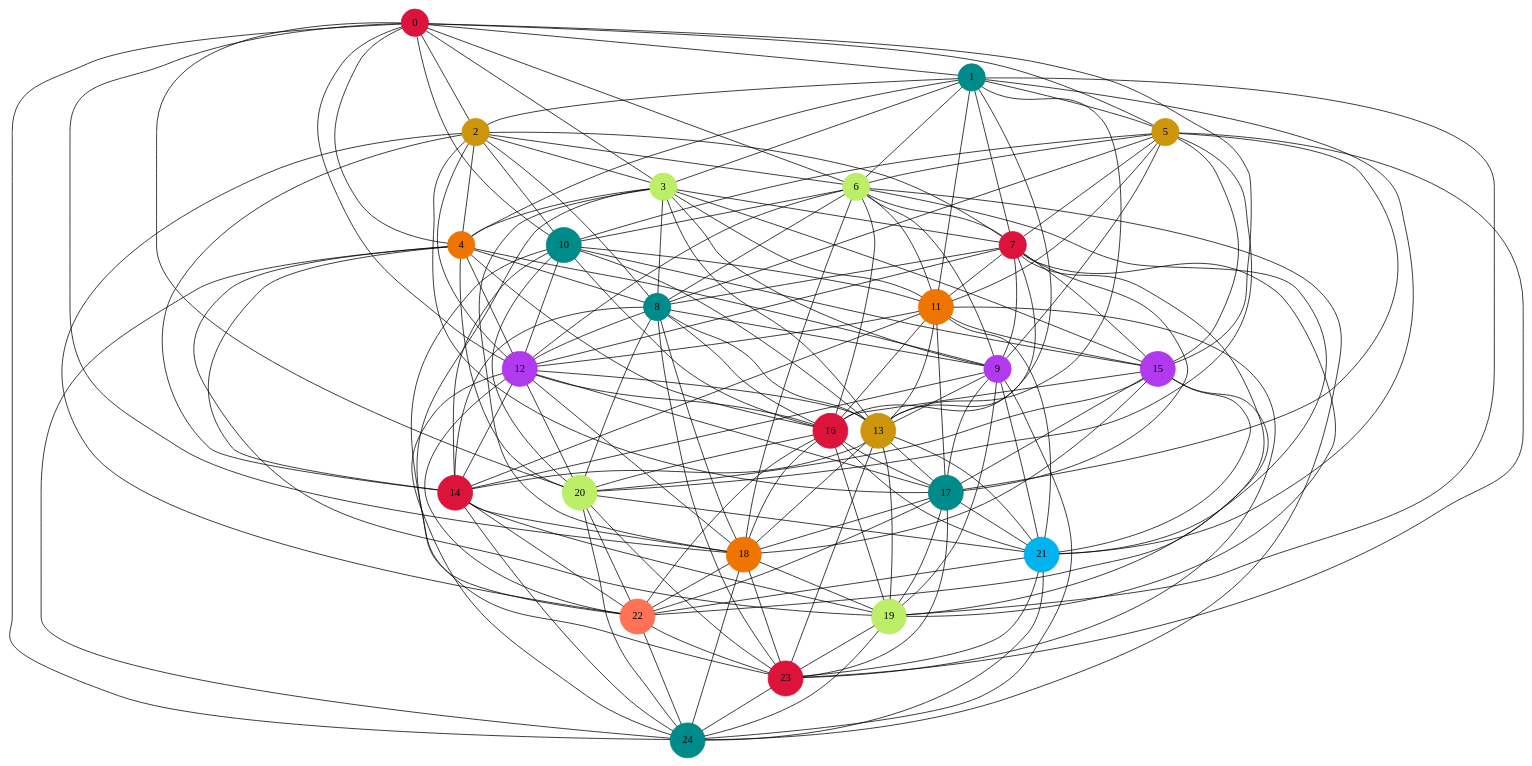
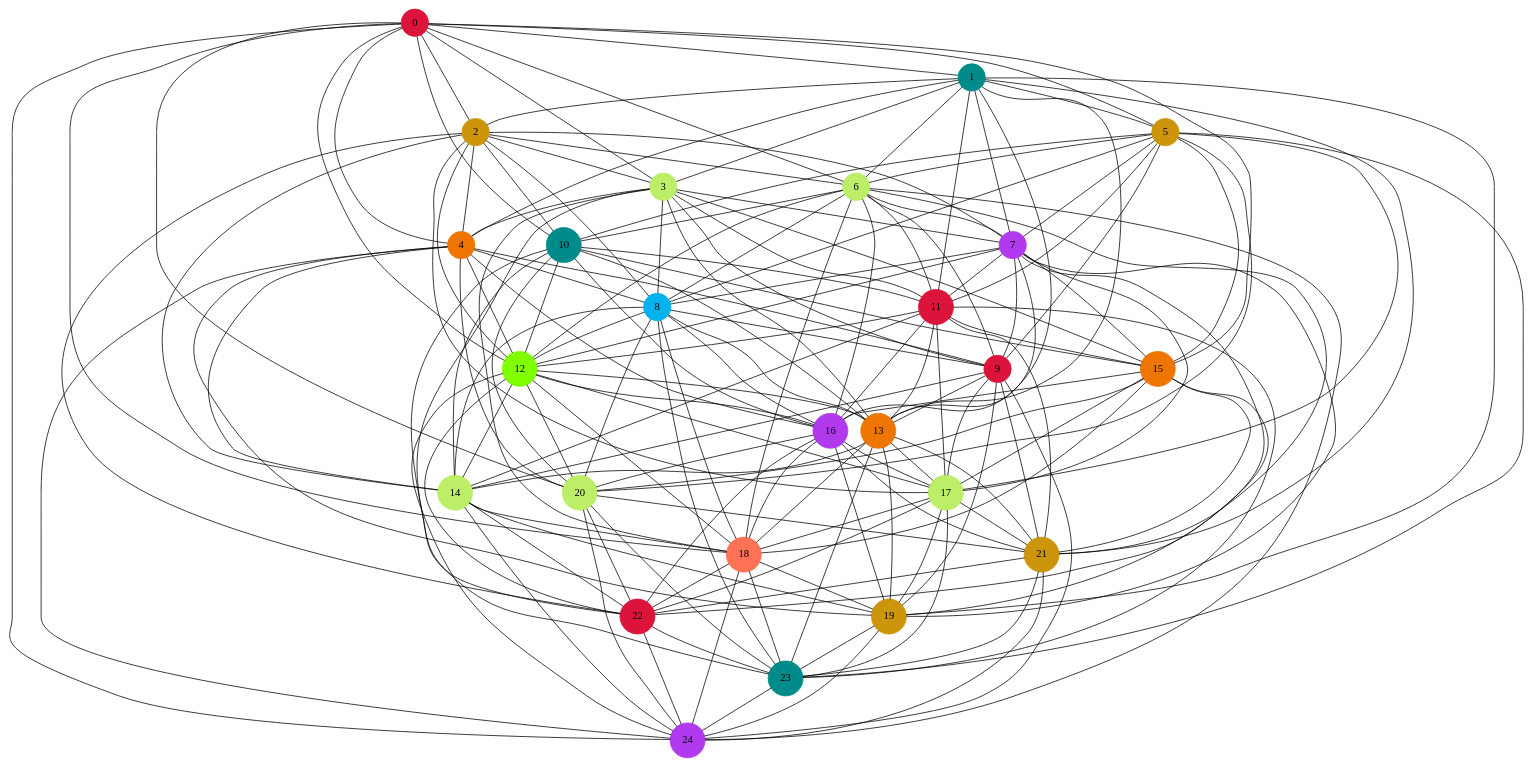
One commit to LeaChemoul/ColorationGraphesProjet changed the diagram in graph/graph_gr_croiss.dot. Above: the diagram before and after it, drawn with Graphviz. The commit also changed 51 other files, not shown here.

Commit message:
Correction de la structure de graphe et des algorithmes de tris

```diff
--- a/graph/graph_gr_croiss.dot
+++ b/graph/graph_gr_croiss.dot
@@ -1,187 +1,187 @@
 graph G {
 0 [shape=circle, style=filled, color= crimson];
 0 -- 6;
 0 -- 12;
 0 -- 18;
 0 -- 24;
 0 -- 1;
 0 -- 2;
 0 -- 3;
 0 -- 4;
 0 -- 5;
 0 -- 10;
 0 -- 15;
 0 -- 20;
 1 [shape=circle, style=filled, color= cyan4];
 1 -- 7;
 1 -- 13;
 1 -- 19;
 1 -- 5;
 1 -- 2;
 1 -- 3;
 1 -- 4;
 1 -- 6;
 1 -- 11;
 1 -- 16;
 1 -- 21;
 2 [shape=circle, style=filled, color= darkgoldenrod3];
 2 -- 8;
 2 -- 14;
 2 -- 6;
 2 -- 10;
 2 -- 3;
 2 -- 4;
 2 -- 7;
 2 -- 12;
 2 -- 17;
 2 -- 22;
 3 [shape=circle, style=filled, color= darkolivegreen2];
 3 -- 9;
 3 -- 7;
 3 -- 11;
 3 -- 15;
 3 -- 4;
 3 -- 8;
 3 -- 13;
 3 -- 18;
 3 -- 23;
 4 [shape=circle, style=filled, color= darkorange2];
 4 -- 8;
 4 -- 12;
 4 -- 16;
 4 -- 20;
 4 -- 9;
 4 -- 14;
 4 -- 19;
 4 -- 24;
 5 [shape=circle, style=filled, color= darkgoldenrod3];
 5 -- 11;
 5 -- 17;
 5 -- 23;
 5 -- 6;
 5 -- 7;
 5 -- 8;
 5 -- 9;
 5 -- 10;
 5 -- 15;
 5 -- 20;
 6 [shape=circle, style=filled, color= darkolivegreen2];
 6 -- 12;
 6 -- 18;
 6 -- 24;
 6 -- 10;
 6 -- 7;
 6 -- 8;
 6 -- 9;
 6 -- 11;
 6 -- 16;
 6 -- 21;
-7 [shape=circle, style=filled, color= crimson];
+7 [shape=circle, style=filled, color= darkorchid2];
 7 -- 13;
 7 -- 19;
 7 -- 11;
 7 -- 15;
 7 -- 8;
 7 -- 9;
 7 -- 12;
 7 -- 17;
 7 -- 22;
-8 [shape=circle, style=filled, color= cyan4];
+8 [shape=circle, style=filled, color= deepskyblue2];
 8 -- 14;
 8 -- 12;
 8 -- 16;
 8 -- 20;
 8 -- 9;
 8 -- 13;
 8 -- 18;
 8 -- 23;
-9 [shape=circle, style=filled, color= darkorchid2];
+9 [shape=circle, style=filled, color= crimson];
 9 -- 13;
 9 -- 17;
 9 -- 21;
 9 -- 14;
 9 -- 19;
 9 -- 24;
 10 [shape=circle, style=filled, color= cyan4];
 10 -- 16;
 10 -- 22;
 10 -- 11;
 10 -- 12;
 10 -- 13;
 10 -- 14;
 10 -- 15;
 10 -- 20;
-11 [shape=circle, style=filled, color= darkorange2];
+11 [shape=circle, style=filled, color= crimson];
 11 -- 17;
 11 -- 23;
 11 -- 15;
 11 -- 12;
 11 -- 13;
 11 -- 14;
 11 -- 16;
 11 -- 21;
-12 [shape=circle, style=filled, color= darkorchid2];
+12 [shape=circle, style=filled, color= chartreuse1];
 12 -- 18;
 12 -- 24;
 12 -- 16;
 12 -- 20;
 12 -- 13;
 12 -- 14;
 12 -- 17;
 12 -- 22;
-13 [shape=circle, style=filled, color= darkgoldenrod3];
+13 [shape=circle, style=filled, color= darkorange2];
 13 -- 19;
 13 -- 17;
 13 -- 21;
 13 -- 14;
 13 -- 18;
 13 -- 23;
-14 [shape=circle, style=filled, color= crimson];
+14 [shape=circle, style=filled, color= darkolivegreen2];
 14 -- 18;
 14 -- 22;
 14 -- 19;
 14 -- 24;
-15 [shape=circle, style=filled, color= darkorchid2];
+15 [shape=circle, style=filled, color= darkorange2];
 15 -- 21;
 15 -- 16;
 15 -- 17;
 15 -- 18;
 15 -- 19;
 15 -- 20;
-16 [shape=circle, style=filled, color= crimson];
+16 [shape=circle, style=filled, color= darkorchid2];
 16 -- 22;
 16 -- 20;
 16 -- 17;
 16 -- 18;
 16 -- 19;
 16 -- 21;
-17 [shape=circle, style=filled, color= cyan4];
+17 [shape=circle, style=filled, color= darkolivegreen2];
 17 -- 23;
 17 -- 21;
 17 -- 18;
 17 -- 19;
 17 -- 22;
-18 [shape=circle, style=filled, color= darkorange2];
+18 [shape=circle, style=filled, color= coral1];
 18 -- 24;
 18 -- 22;
 18 -- 19;
 18 -- 23;
-19 [shape=circle, style=filled, color= darkolivegreen2];
+19 [shape=circle, style=filled, color= darkgoldenrod3];
 19 -- 23;
 19 -- 24;
 20 [shape=circle, style=filled, color= darkolivegreen2];
 20 -- 21;
 20 -- 22;
 20 -- 23;
 20 -- 24;
-21 [shape=circle, style=filled, color= deepskyblue2];
+21 [shape=circle, style=filled, color= darkgoldenrod3];
 21 -- 22;
 21 -- 23;
 21 -- 24;
-22 [shape=circle, style=filled, color= coral1];
+22 [shape=circle, style=filled, color= crimson];
 22 -- 23;
 22 -- 24;
-23 [shape=circle, style=filled, color= crimson];
+23 [shape=circle, style=filled, color= cyan4];
 23 -- 24;
-24 [shape=circle, style=filled, color= cyan4];
+24 [shape=circle, style=filled, color= darkorchid2];
 }
```
